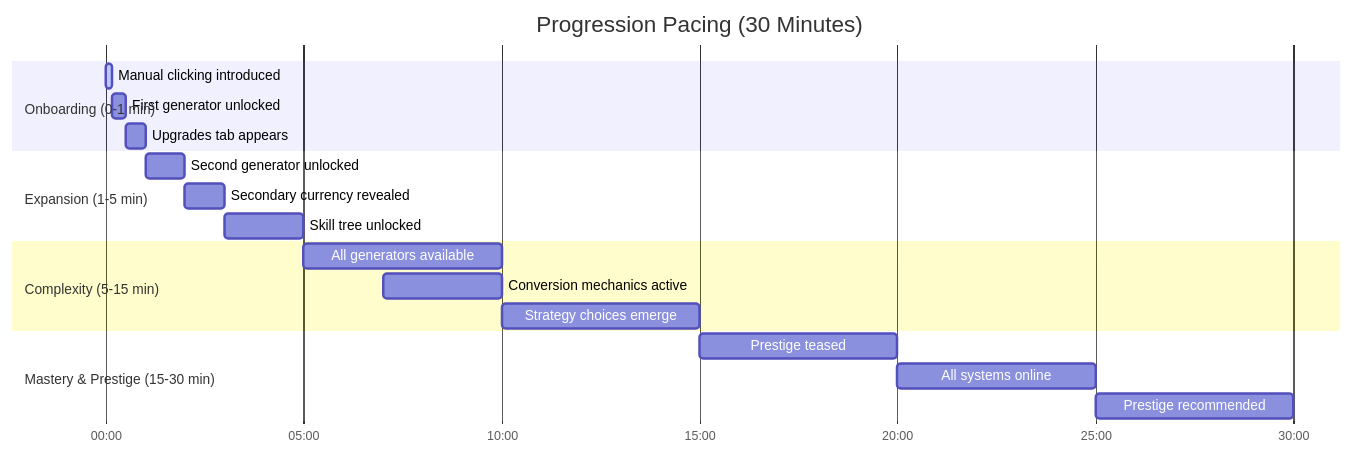
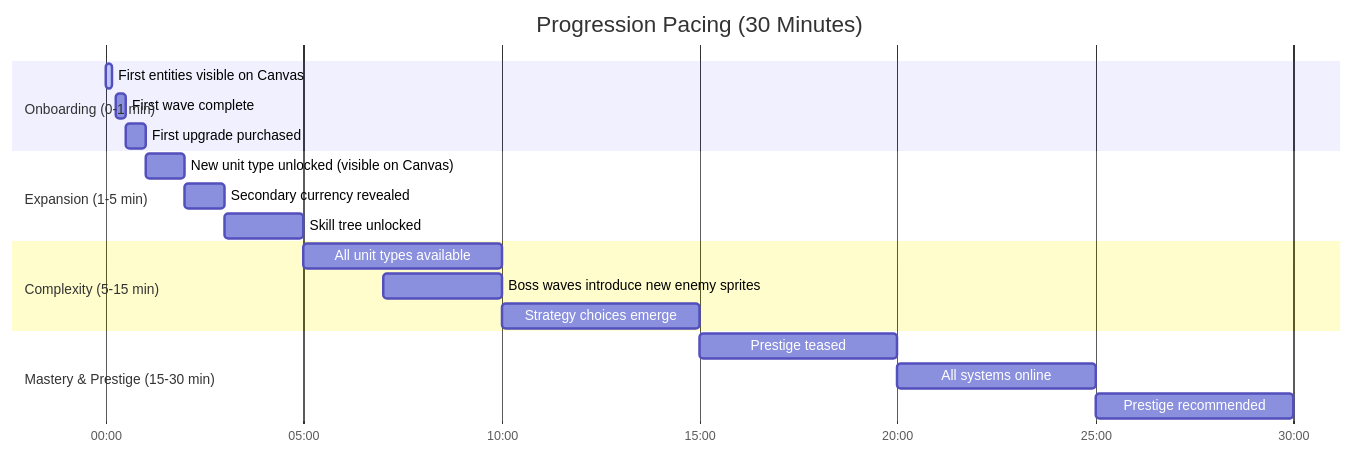
Before and after one commit to J-Gierend/gamePocGen: the third of 6 diagrams in prompts/phase2-gdd/progression.md, drawn with Mermaid. The commit also changed other lines of this file and 9 other files, not shown here.

````diff
--- a/prompts/phase2-gdd/progression.md
+++ b/prompts/phase2-gdd/progression.md
@@ -90,26 +95,26 @@
 ```mermaid
 gantt
     title Progression Pacing (30 Minutes)
     dateFormat mm:ss
     axisFormat %M:%S
 
     section Onboarding (0-1 min)
-    Manual clicking introduced          :active, 00:00, 10s
-    First generator unlocked            :00:10, 20s
-    Upgrades tab appears                :00:30, 30s
+    First entities visible on Canvas          :active, 00:00, 10s
+    First wave complete                       :00:15, 15s
+    First upgrade purchased                   :00:30, 30s
 
     section Expansion (1-5 min)
-    Second generator unlocked           :01:00, 60s
-    Secondary currency revealed         :02:00, 60s
-    Skill tree unlocked                 :03:00, 120s
+    New unit type unlocked (visible on Canvas) :01:00, 60s
+    Secondary currency revealed               :02:00, 60s
+    Skill tree unlocked                       :03:00, 120s
 
     section Complexity (5-15 min)
-    All generators available            :05:00, 300s
-    Conversion mechanics active         :07:00, 180s
-    Strategy choices emerge             :10:00, 300s
+    All unit types available                  :05:00, 300s
+    Boss waves introduce new enemy sprites    :07:00, 180s
+    Strategy choices emerge                   :10:00, 300s
 
     section Mastery & Prestige (15-30 min)
-    Prestige teased                     :15:00, 300s
-    All systems online                  :20:00, 300s
-    Prestige recommended                :25:00, 300s
+    Prestige teased                          :15:00, 300s
+    All systems online                       :20:00, 300s
+    Prestige recommended                     :25:00, 300s
 ```
````
